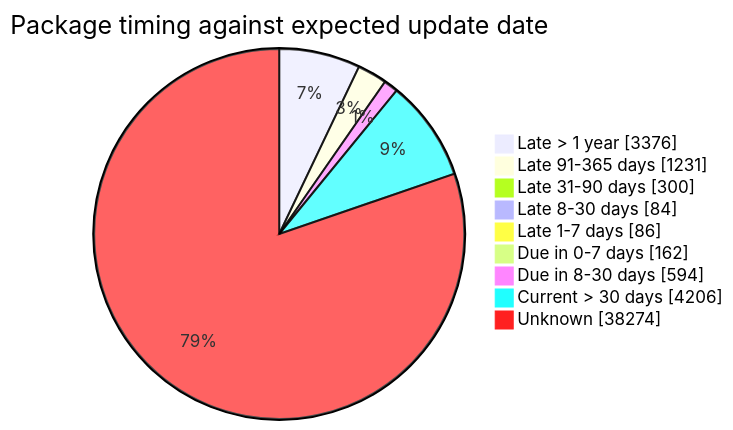
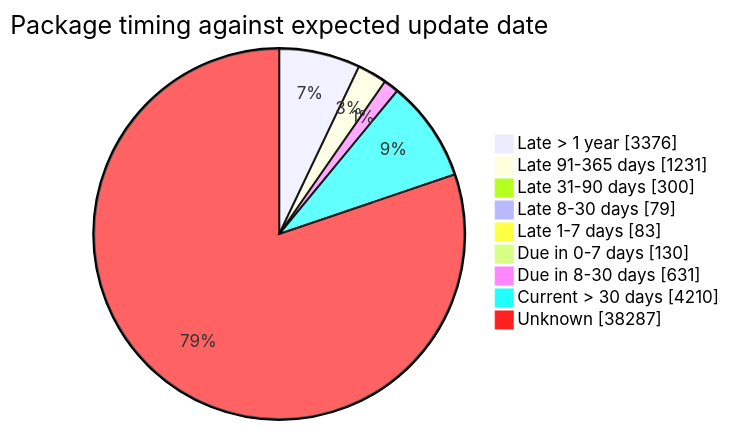
Before and after one commit to open-data/analytics-corporate-reporting: the fourth of 5 diagrams in FreshCheck/README.md, drawn with Mermaid. The commit also changed other lines of this file and 3 other files, not shown here.

````diff
--- a/FreshCheck/README.md
+++ b/FreshCheck/README.md
@@ -86,12 +86,12 @@
 ```mermaid
 pie showData title Package timing against expected update date
     "Late > 1 year": 3376
     "Late 91-365 days": 1231
     "Late 31-90 days": 300
-    "Late 8-30 days": 84
-    "Late 1-7 days": 86
-    "Due in 0-7 days": 162
-    "Due in 8-30 days": 594
-    "Current > 30 days": 4206
-    "Unknown": 38274
+    "Late 8-30 days": 79
+    "Late 1-7 days": 83
+    "Due in 0-7 days": 130
+    "Due in 8-30 days": 631
+    "Current > 30 days": 4210
+    "Unknown": 38287
 ```
````
